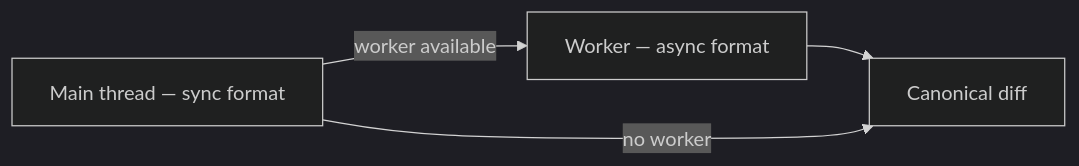
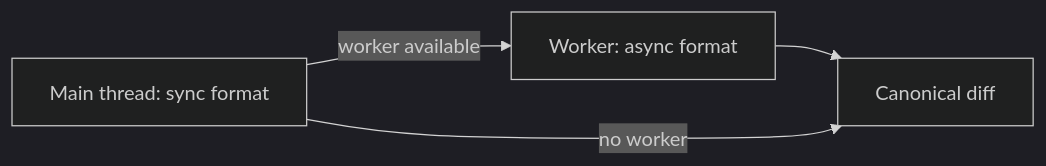
Before and after one commit to dimasbaguspm/syntaxdiff: the second of 5 diagrams in docs/ENGINEERING_SPEC.md, drawn with Mermaid (dark theme). The commit also changed other lines of this file, not shown here.

````diff
--- a/docs/ENGINEERING_SPEC.md
+++ b/docs/ENGINEERING_SPEC.md
@@ -54,6 +54,6 @@
 ```mermaid
 flowchart LR
-  Main[Main thread — sync format] -->|worker available| Worker[Worker — async format]
+  Main[Main thread: sync format] -->|worker available| Worker[Worker: async format]
   Worker --> Diff[Canonical diff]
   Main -->|no worker| Diff
 ```
````
